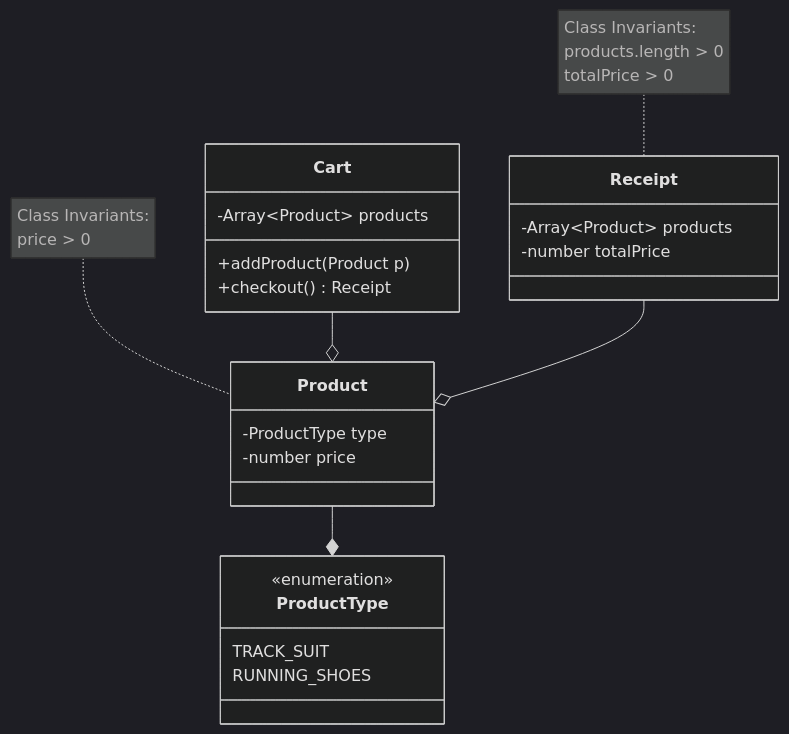
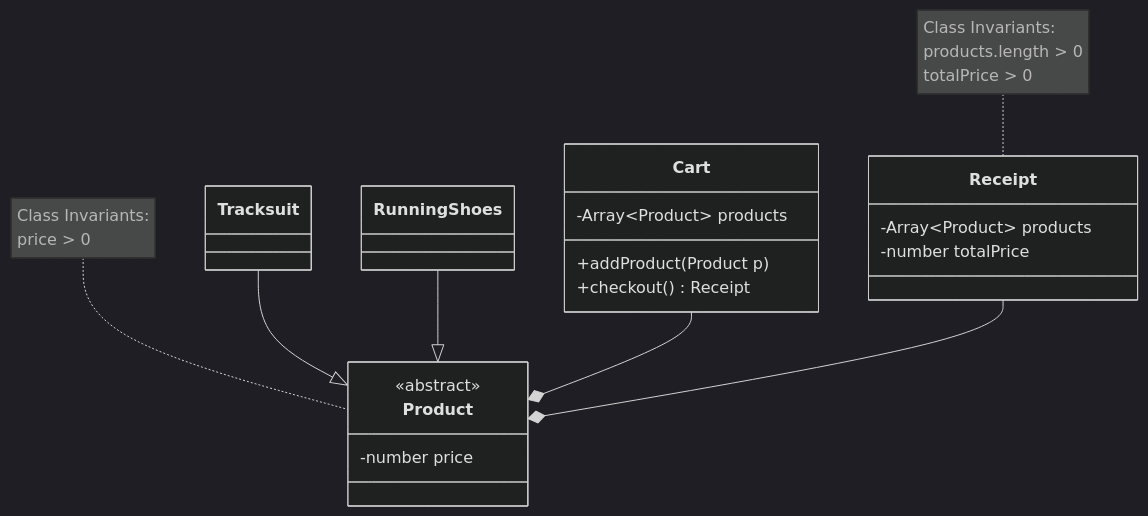
Before and after one commit to NarekVeranyan05/point_of_sale: the diagram in domain.md, drawn with Mermaid (dark theme). The commit also changed other lines of this file and 53 other files, not shown here.

````diff
--- a/domain.md
+++ b/domain.md
@@ -9,40 +15,41 @@
 ```mermaid
 classDiagram
     class Product {
-        -ProductType type
+        <<abstract>>
+
         -number price
     }
 
     note for Product "Class Invariants:
         price > 0
     "
 
-    Product --* ProductType
+    class Tracksuit { }
 
-    class ProductType {
-        <<enumeration>>
-        TRACK_SUIT
-        RUNNING_SHOES
-    }
+    Tracksuit --|> Product
+
+    class RunningShoes { }
+
+    RunningShoes --|> Product
 
     class Cart {
         -Array~Product~ products
 
         +addProduct(Product p)
         +checkout() Receipt
     }
 
-    Cart --o Product
+    Cart --* Product
 
     class Receipt {
         -Array~Product~ products
         -number totalPrice
     }
 
-    Receipt --o Product    
+    Receipt --* Product   
 
     note for Receipt "Class Invariants:
         products.length > 0
         totalPrice > 0
     "
 ```
````
